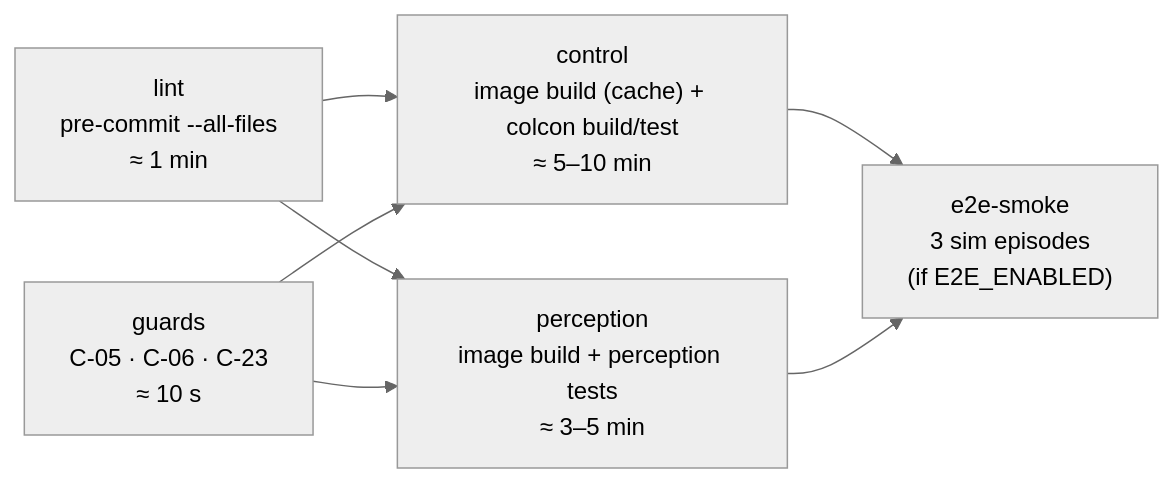
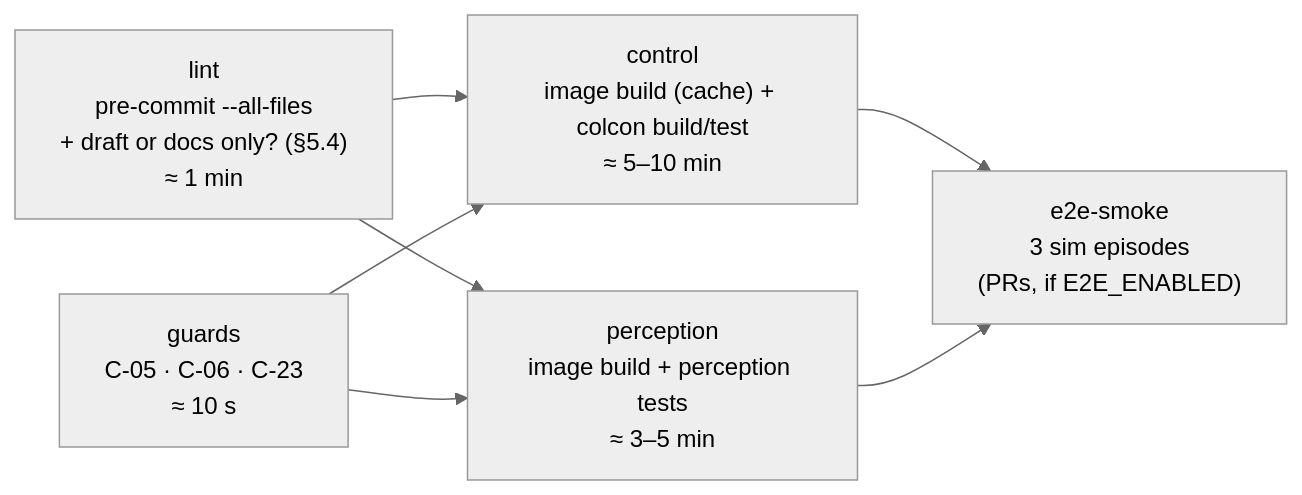
One commit to FoxaxeWasTaken/Robotics changed the second of 4 diagrams in docs/project/14_quality_pipeline_ci.md. Above: the diagram before and after it, drawn with Mermaid (neutral theme). The commit also changed other lines of this file and 8 other files, not shown here.

````diff
--- a/docs/project/14_quality_pipeline_ci.md
+++ b/docs/project/14_quality_pipeline_ci.md
@@ -101,10 +101,10 @@
 ```mermaid
 flowchart LR
-  A["lint<br/>pre-commit --all-files<br/>≈ 1 min"] --> C
+  A["lint<br/>pre-commit --all-files<br/>+ draft or docs only? (§5.4)<br/>≈ 1 min"] --> C
   B["guards<br/>C-05 · C-06 · C-23<br/>≈ 10 s"] --> C
   A --> P
   B --> P
   C["control<br/>image build (cache) + colcon build/test<br/>≈ 5–10 min"] --> E
   P["perception<br/>image build + perception tests<br/>≈ 3–5 min"] --> E
-  E["e2e-smoke<br/>3 sim episodes<br/>(if E2E_ENABLED)"]
+  E["e2e-smoke<br/>3 sim episodes<br/>(PRs, if E2E_ENABLED)"]
 ```
````
